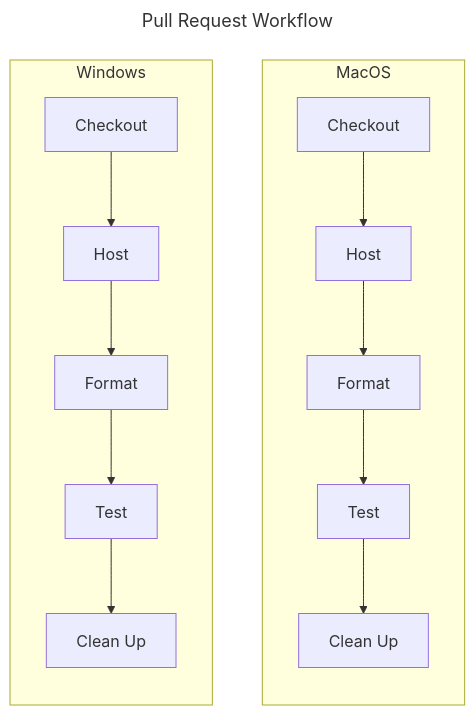
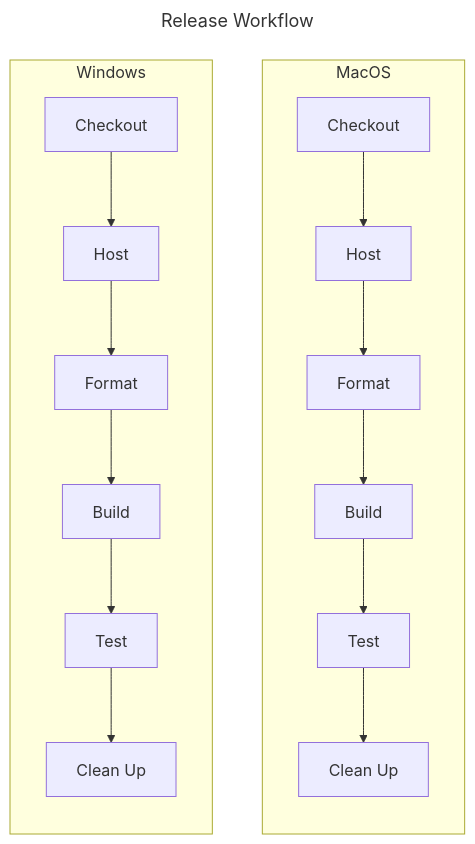
The diagram in .github/workflows/pull_request.mmd (fordaj/RecipeServer), drawn with Mermaid before and after one commit. The commit also changed other lines of this file and 11 other files, not shown here.

```diff
--- a/.github/workflows/pull_request.mmd
+++ b/.github/workflows/pull_request.mmd
@@ -1,31 +1,35 @@
 ---
-title: Pull Request Workflow
+title: Release Workflow
 ---
 
 flowchart TD
 
     MacOS:Checkout["Checkout"]
     MacOS:Host["Host"]
     MacOS:Format["Format"]
+    MacOS:Build["Build"]
     MacOS:Test["Test"]
     MacOS:CleanUp["Clean Up"]
     subgraph MacOS
         direction TD
         MacOS:Checkout-->MacOS:Host
         MacOS:Host-->MacOS:Format
-        MacOS:Format-->MacOS:Test
+        MacOS:Format-->MacOS:Build
+        MacOS:Build-->MacOS:Test
         MacOS:Test-->MacOS:CleanUp
     end
 
     Windows:Checkout["Checkout"]
     Windows:Host["Host"]
     Windows:Format["Format"]
+    Windows:Build["Build"]
     Windows:Test["Test"]
     Windows:CleanUp["Clean Up"]
     subgraph Windows
         direction TD
         Windows:Checkout-->Windows:Host
         Windows:Host-->Windows:Format
-        Windows:Format-->Windows:Test
+        Windows:Format-->Windows:Build
+        Windows:Build-->Windows:Test
         Windows:Test-->Windows:CleanUp
     end
```
